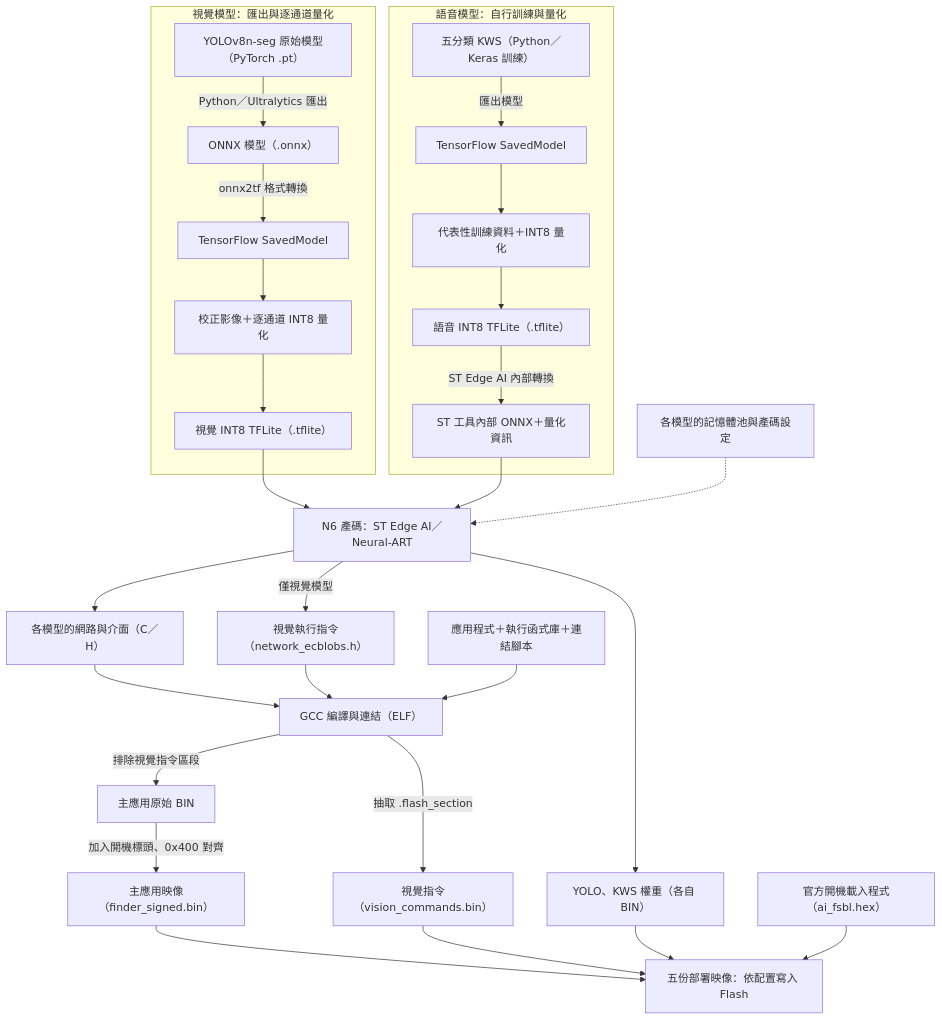
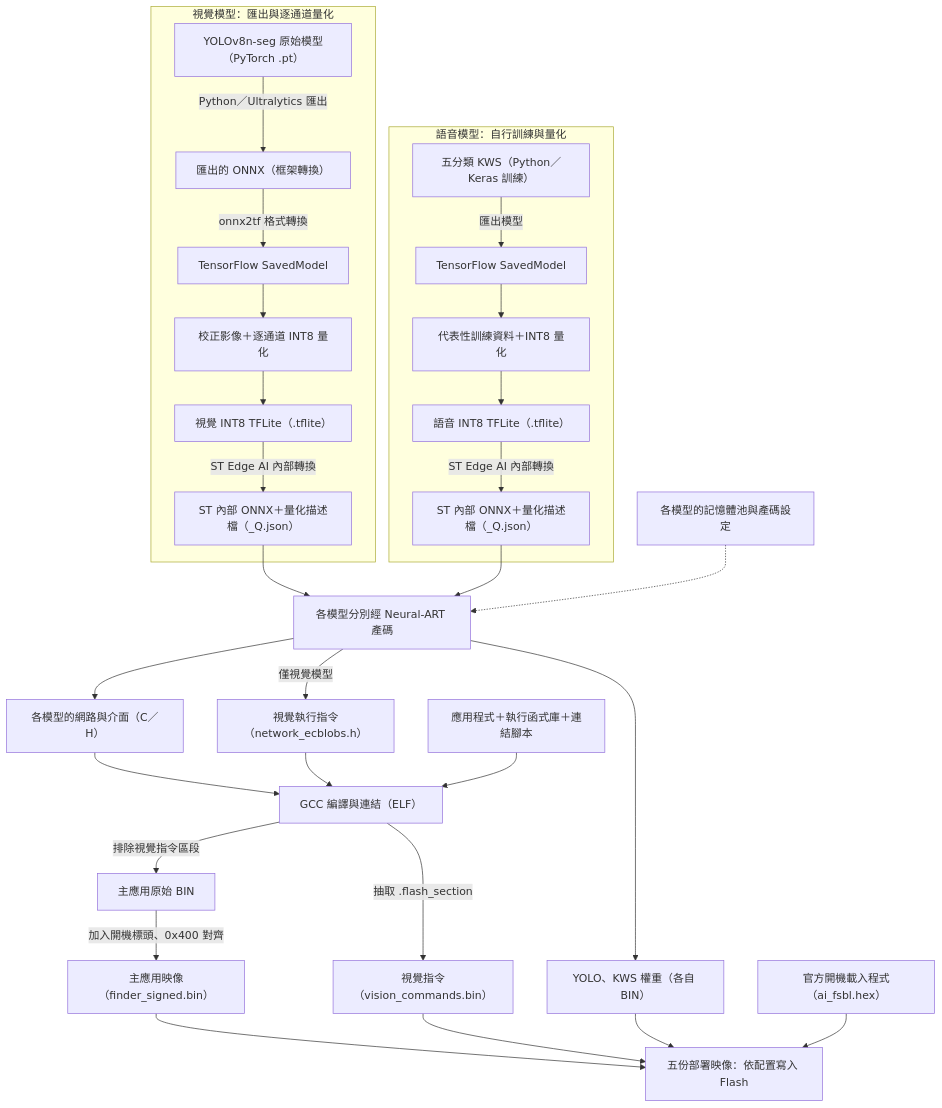
Before and after one commit to fan-gu-hao/stm32n6-voice-object-finder: the first of 2 diagrams in README.md, drawn with Mermaid. The commit also changed other lines of this file and 1 other file, not shown here.

Commit message:
docs: distinguish framework export from ST internal ONNX compilation

````diff
--- a/README.md
+++ b/README.md
@@ -51,44 +51,46 @@
 ```mermaid
 flowchart TD
     subgraph VISION["視覺模型：匯出與逐通道量化"]
         V0["YOLOv8n-seg 原始模型（PyTorch .pt）"]
-        V1["ONNX 模型（.onnx）"]
+        V1["匯出的 ONNX（框架轉換）"]
         V2["TensorFlow SavedModel"]
         V3["校正影像＋逐通道 INT8 量化"]
         V4["視覺 INT8 TFLite（.tflite）"]
+        V5["ST 內部 ONNX＋量化描述檔（_Q.json）"]
         V0 -->|"Python／Ultralytics 匯出"| V1
         V1 -->|"onnx2tf 格式轉換"| V2
         V2 --> V3 --> V4
+        V4 -->|"ST Edge AI 內部轉換"| V5
     end
 
     subgraph SPEECH["語音模型：自行訓練與量化"]
         K0["五分類 KWS（Python／Keras 訓練）"]
         K1["TensorFlow SavedModel"]
         K2["代表性訓練資料＋INT8 量化"]
         K3["語音 INT8 TFLite（.tflite）"]
-        K4["ST 工具內部 ONNX＋量化資訊"]
+        K4["ST 內部 ONNX＋量化描述檔（_Q.json）"]
         K0 -->|"匯出模型"| K1
         K1 --> K2 --> K3
         K3 -->|"ST Edge AI 內部轉換"| K4
     end
 
-    V4 --> GEN["N6 產碼：ST Edge AI／Neural-ART"]
+    V5 --> GEN["各模型分別經 Neural-ART 產碼"]
     K4 --> GEN
     POOL["各模型的記憶體池與產碼設定"] -.-> GEN
 
     GEN --> CODE["各模型的網路與介面（C／H）"]
     GEN --> WEIGHTS["YOLO、KWS 權重（各自 BIN）"]
     GEN -->|"僅視覺模型"| EC["視覺執行指令（network_ecblobs.h）"]
 
     CODE --> ELF["GCC 編譯與連結（ELF）"]
     EC --> ELF
     APP["應用程式＋執行函式庫＋連結腳本"] --> ELF
     ELF -->|"排除視覺指令區段"| RAW["主應用原始 BIN"]
     RAW -->|"加入開機標頭、0x400 對齊"| IMAGE["主應用映像（finder_signed.bin）"]
     ELF -->|"抽取 .flash_section"| COMMAND["視覺指令（vision_commands.bin）"]
 
     IMAGE --> DEPLOY["五份部署映像：依配置寫入 Flash"]
     COMMAND --> DEPLOY
     WEIGHTS --> DEPLOY
     FSBL["官方開機載入程式（ai_fsbl.hex）"] --> DEPLOY
 ```
````
